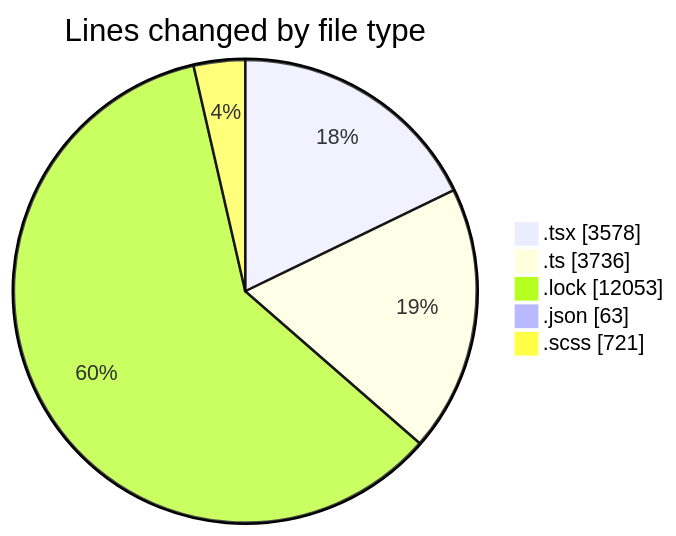
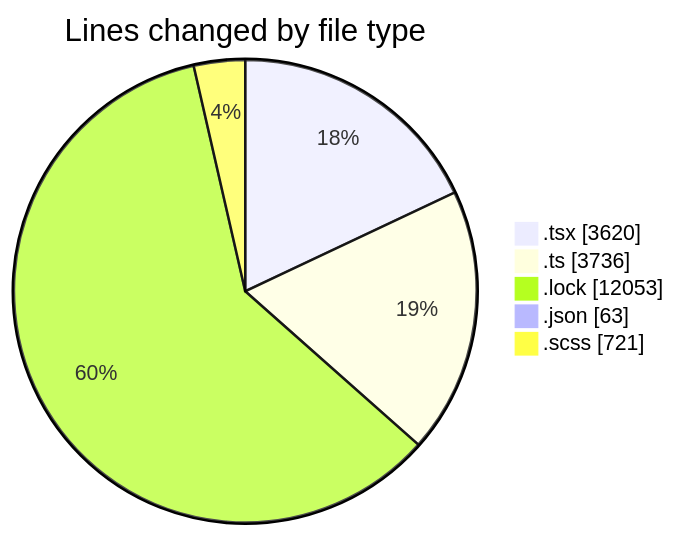
One commit to momahboobian/code-tracking changed the first of 2 diagrams in 2025-12-03/cda/README.md. Above: the diagram before and after it, drawn with Mermaid. The commit also changed other lines of this file and 1 other file, not shown here.

````diff
--- a/2025-12-03/cda/README.md
+++ b/2025-12-03/cda/README.md
@@ -32,9 +32,9 @@
 ```mermaid
 pie showData
 title Lines changed by file type
-".tsx" : 3578
+".tsx" : 3620
 ".ts" : 3736
 ".lock" : 12053
 ".json" : 63
 ".scss" : 721
 ```
````
